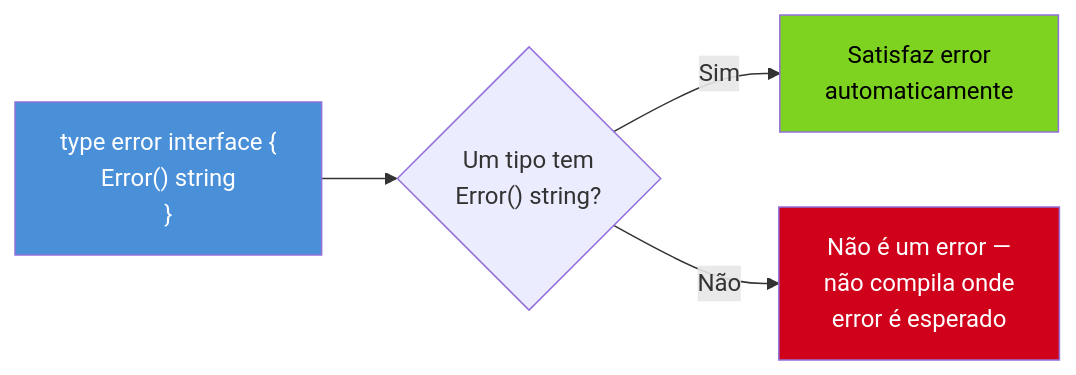
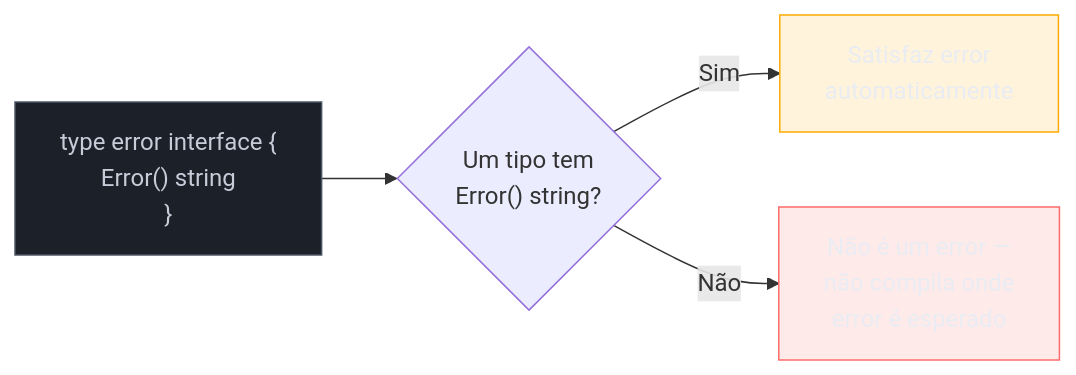
The first of 2 diagrams in 03-Dominios/Tecnologia/Go/04 - Erros como valor/01 - Erros são valores — o tipo error.md (josenaldo/codex-technomanticus), drawn with Mermaid before and after one commit. The commit also changed 1181 other files, not shown here.

First line of the commit message:
fix(diagramas): paleta do sistema no lugar de cor cravada no markdown

````diff
--- a/03-Dominios/Tecnologia/Go/04 - Erros como valor/01 - Erros são valores — o tipo error.md
+++ b/03-Dominios/Tecnologia/Go/04 - Erros como valor/01 - Erros são valores — o tipo error.md
@@ -57,10 +57,13 @@
 ```mermaid
 flowchart LR
+    classDef neutro fill:#1B2029,stroke:#4E5666,color:#C6CCD8
+    classDef destaque fill:#FFAA0024,stroke:#FFAA00,color:#E9ECF2
+    classDef falha fill:#FF6B6B24,stroke:#FF6B6B,color:#E9ECF2
     A["type error interface {\n  Error() string\n}"] --> B{"Um tipo tem\nError() string?"}
     B -->|Sim| C["Satisfaz error\nautomaticamente"]
     B -->|Não| D["Não é um error —\nnão compila onde\nerror é esperado"]
 
-    style A fill:#4A90D9,color:#fff
-    style C fill:#7ED321,color:#000
-    style D fill:#D0021B,color:#fff
+    class A neutro
+    class C destaque
+    class D falha
 ```
````
